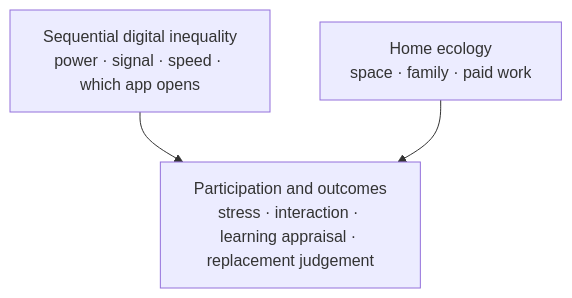
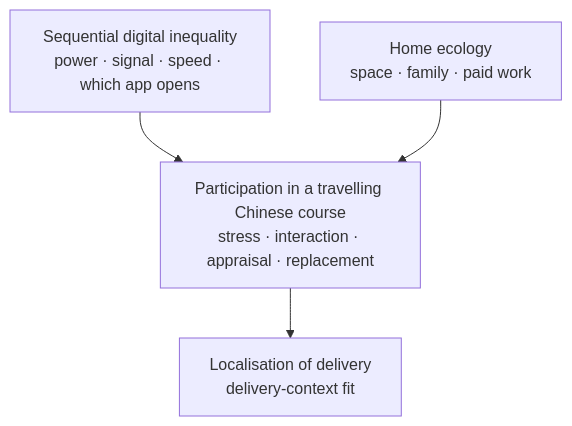
One commit to kristinehina23-rgb/heena changed the diagram in papers/q1-masters-covid/figure-1-sketch.md. Above: the diagram before and after it, drawn with Mermaid. The commit also changed other lines of this file and 7 other files, not shown here.

First line of the commit message:
Major revision: one argument, delivery-context localisation

````diff
--- a/papers/q1-masters-covid/figure-1-sketch.md
+++ b/papers/q1-masters-covid/figure-1-sketch.md
@@ -7,5 +7,6 @@
 ```mermaid
 flowchart TD
-  A[Sequential digital inequality<br/>power · signal · speed · which app opens] --> D[Participation and outcomes<br/>stress · interaction · learning appraisal · replacement judgement]
+  A[Sequential digital inequality<br/>power · signal · speed · which app opens] --> D[Participation in a travelling Chinese course<br/>stress · interaction · appraisal · replacement]
   B[Home ecology<br/>space · family · paid work] --> D
+  D --> L[Localisation of delivery<br/>delivery-context fit]
 ```
````
